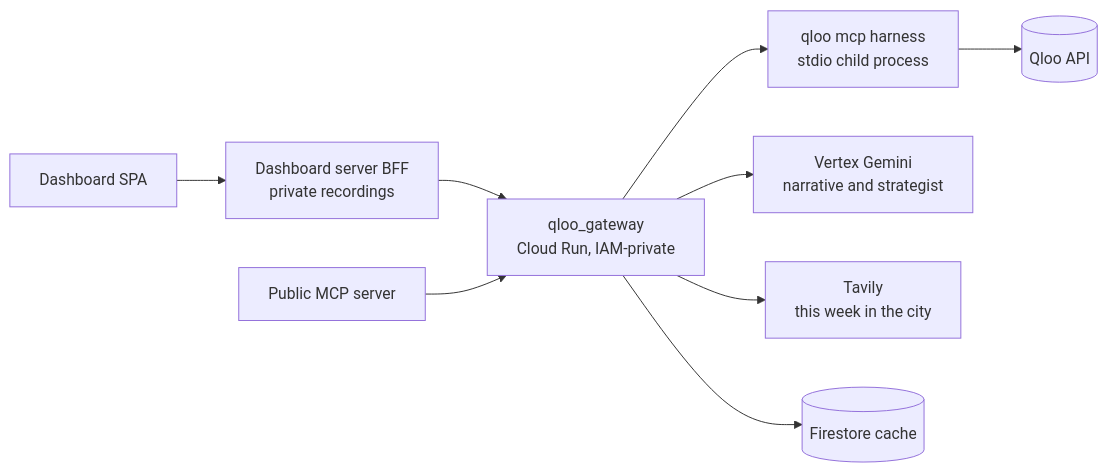
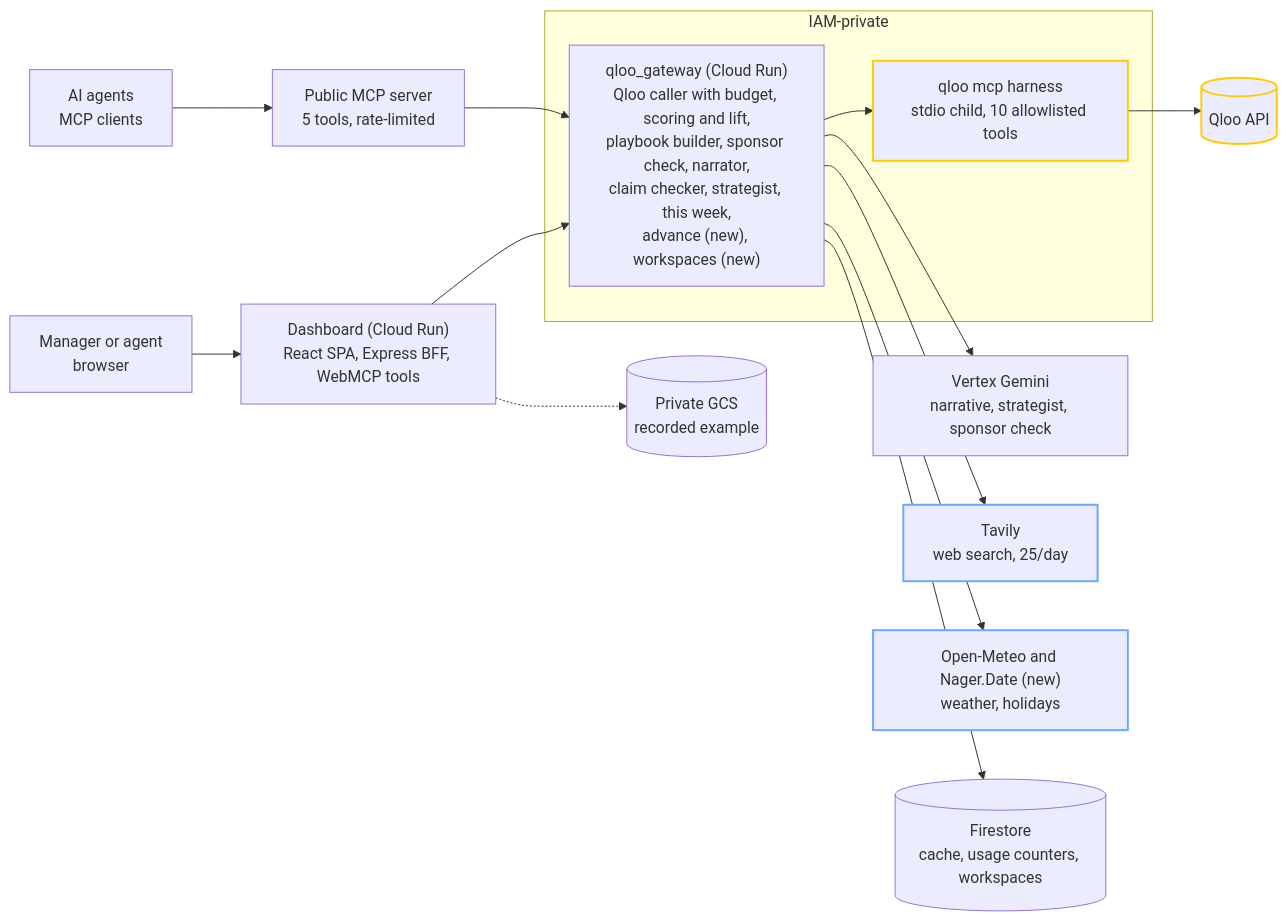
The first of 2 diagrams in README.md (prats-2311/tour-intelligence-qloo), drawn with Mermaid before and after one commit. The commit also changed other lines of this file and 2 other files, not shown here.

First line of the commit message:
docs(readme): architecture images, new features, Test C result, limits

````diff
--- a/README.md
+++ b/README.md
@@ -95,11 +112,21 @@
 ```mermaid
 flowchart LR
-  SPA[Dashboard SPA] --> BFF[Dashboard server BFF<br/>private recordings]
-  BFF --> GW[qloo_gateway<br/>Cloud Run, IAM-private]
-  PUB[Public MCP server] --> GW
-  GW --> H[qloo mcp harness<br/>stdio child process]
-  H --> Q[(Qloo API)]
-  GW --> V[Vertex Gemini<br/>narrative and strategist]
-  GW --> T[Tavily<br/>this week in the city]
-  GW --> F[(Firestore cache)]
+  U[Manager or agent<br/>browser] --> D
+  A[AI agents<br/>MCP clients] --> P
+  D["Dashboard (Cloud Run)<br/>React SPA, Express BFF, WebMCP tools"] --> G
+  D -.-> S[(Private GCS<br/>recorded example)]
+  P["Public MCP server<br/>5 tools, rate-limited"] --> G
+  subgraph PRIV["IAM-private"]
+    G["qloo_gateway (Cloud Run)<br/>Qloo caller with budget, scoring and lift,<br/>playbook builder, sponsor check, narrator,<br/>claim checker, strategist, this week,<br/>advance (new), workspaces (new)"]
+    H["qloo mcp harness<br/>stdio child, 10 allowlisted tools"]
+  end
+  G --> H --> Q[(Qloo API)]
+  G --> V[Vertex Gemini<br/>narrative, strategist, sponsor check]
+  G --> T[Tavily<br/>web search, 25/day]
+  G --> W["Open-Meteo and Nager.Date (new)<br/>weather, holidays"]
+  G --> F[(Firestore<br/>cache, usage counters, workspaces)]
+  classDef qloo stroke:#ffcc00,stroke-width:2px;
+  classDef web stroke:#6aa8ff,stroke-width:2px;
+  class H,Q qloo;
+  class T,W web;
 ```
````
